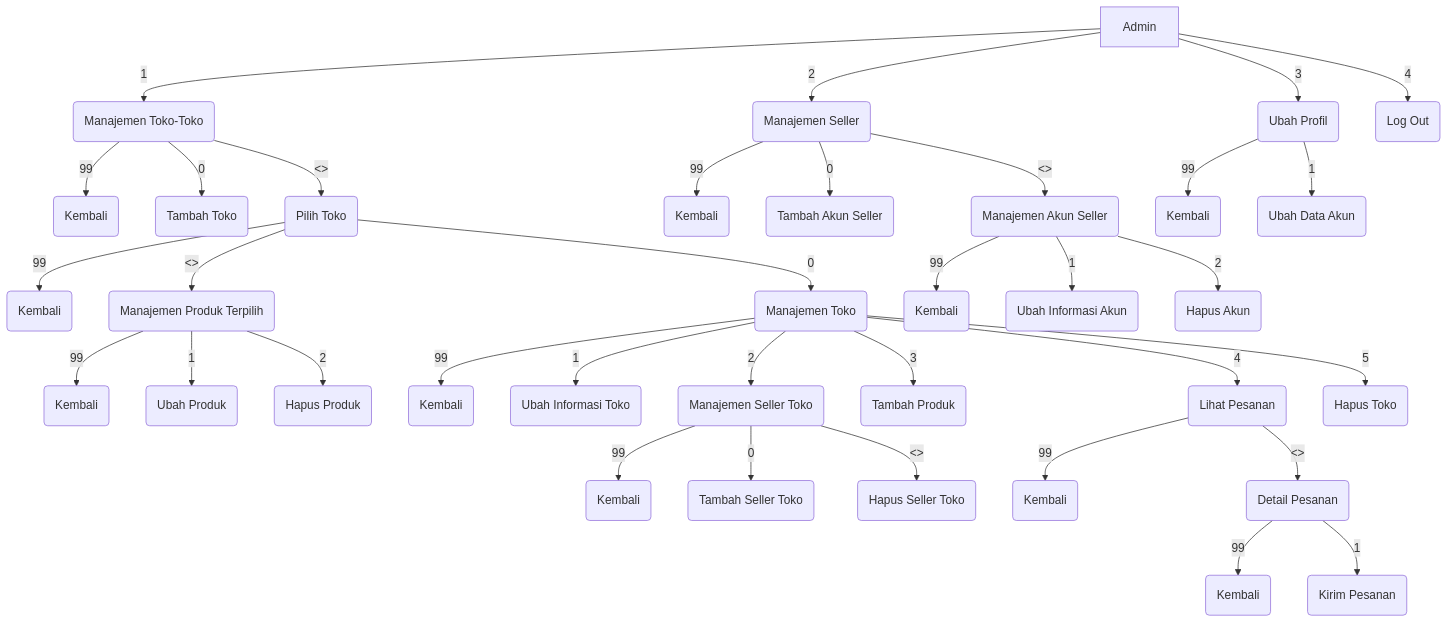
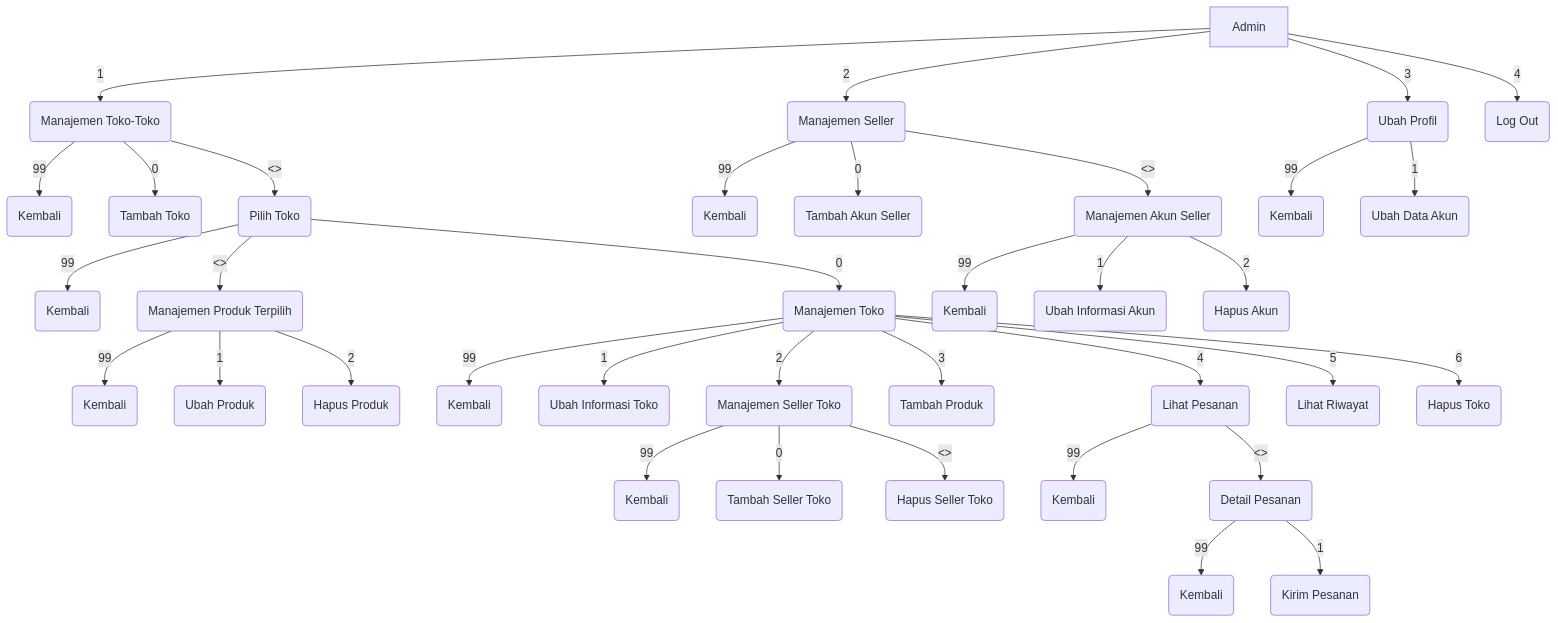
One commit to Viabelous/ProjekAkhirPBO changed the second of 3 diagrams in README.md. Above: the diagram before and after it, drawn with Mermaid. The commit also changed other lines of this file, not shown here.

````diff
--- a/README.md
+++ b/README.md
@@ -75,43 +75,44 @@
 ```mermaid
 graph
 
 A[Admin] -- 1 --> B(Manajemen Toko-Toko)
 B --99 --> BA(Kembali)
 B -- 0 --> BB(Tambah Toko)
 B -- <> --> BC(Pilih Toko)
 	BC -- 99 --> BCA(Kembali)
 	BC -- 0 --> BCB(Manajemen Toko)
 	BC -- <> --> BCC(Manajemen Produk Terpilih)
 		BCC -- 99 --> BCCA(Kembali)
 		BCC -- 1 --> BCCB(Ubah Produk)
 		BCC -- 2 --> BCCC(Hapus Produk)
 
 BCB -- 99 --> BCBA(Kembali)
 BCB -- 1 --> BCBB(Ubah Informasi Toko)
 BCB -- 2 --> BCBC(Manajemen Seller Toko)
 	BCBC -- 99 --> BCBCA(Kembali)
 	BCBC -- 0 --> BCBCB(Tambah Seller Toko)
 	BCBC -- <> --> BCBCC(Hapus Seller Toko)
 BCB -- 3 --> BCBE(Tambah Produk)
 BCB -- 4 --> BCBF(Lihat Pesanan)
    	BCBF -- 99 --> BCBFA(Kembali)
    	BCBF -- <> --> BCBFB(Detail Pesanan)
 		BCBFB -- 99 --> BCBFBA(Kembali)
 		BCBFB -- 1 --> BCBFBB(Kirim Pesanan)
-BCB -- 5 --> BCBG(Hapus Toko)
+BCB -- 5 --> BCBG(Lihat Riwayat)
+BCB -- 6 --> BCBH(Hapus Toko)
 
 A -- 2 --> C(Manajemen Seller)
 C -- 99 --> CA(Kembali)
 C -- 0 --> CB(Tambah Akun Seller)
 C -- <> --> CC(Manajemen Akun Seller)
 	CC -- 99 --> CCA(Kembali)
 	CC -- 1 --> CCB(Ubah Informasi Akun)
 	CC -- 2 --> CCC(Hapus Akun)
 
 A -- 3 --> D(Ubah Profil)
 
 D -- 99 --> DA(Kembali)
 D -- 1 --> DB(Ubah Data Akun)
 
 A -- 4 --> E(Log Out)
 ```
````
